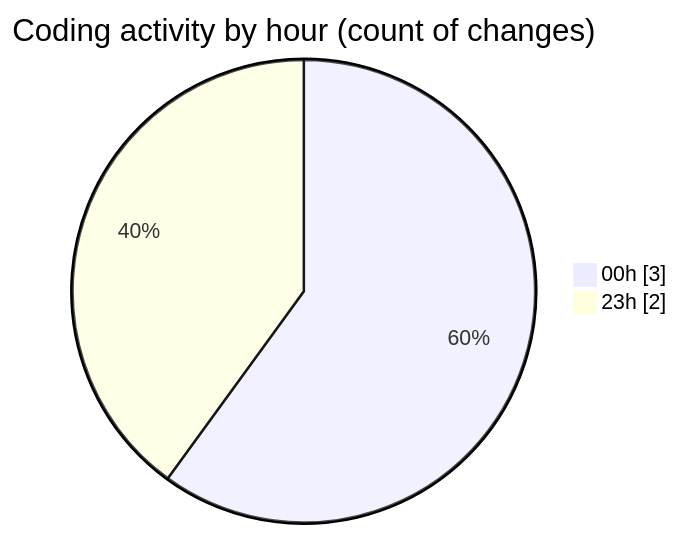
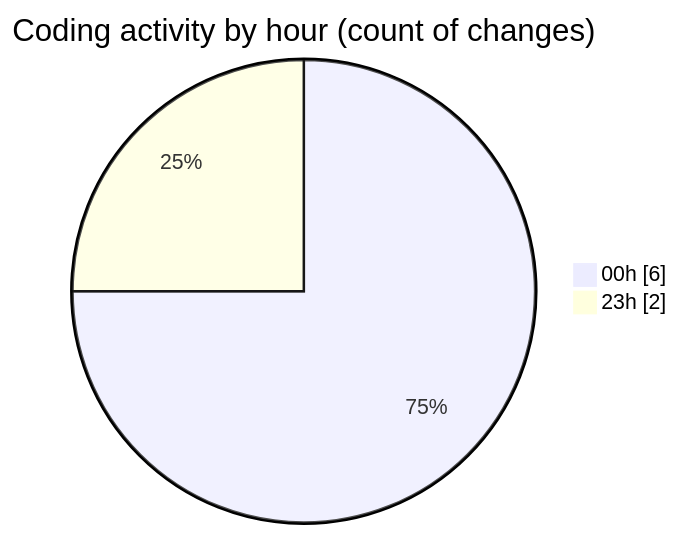
One commit to EIIisD/code-tracking changed the second of 2 diagrams in 2025-08-13/ribbon/README.md. Above: the diagram before and after it, drawn with Mermaid. The commit also changed other lines of this file and 1 other file, not shown here.

````diff
--- a/2025-08-13/ribbon/README.md
+++ b/2025-08-13/ribbon/README.md
@@ -30,6 +32,6 @@
 ```mermaid
 pie showData
 title Coding activity by hour (count of changes)
-"00h" : 3
+"00h" : 6
 "23h" : 2
 ```
````
